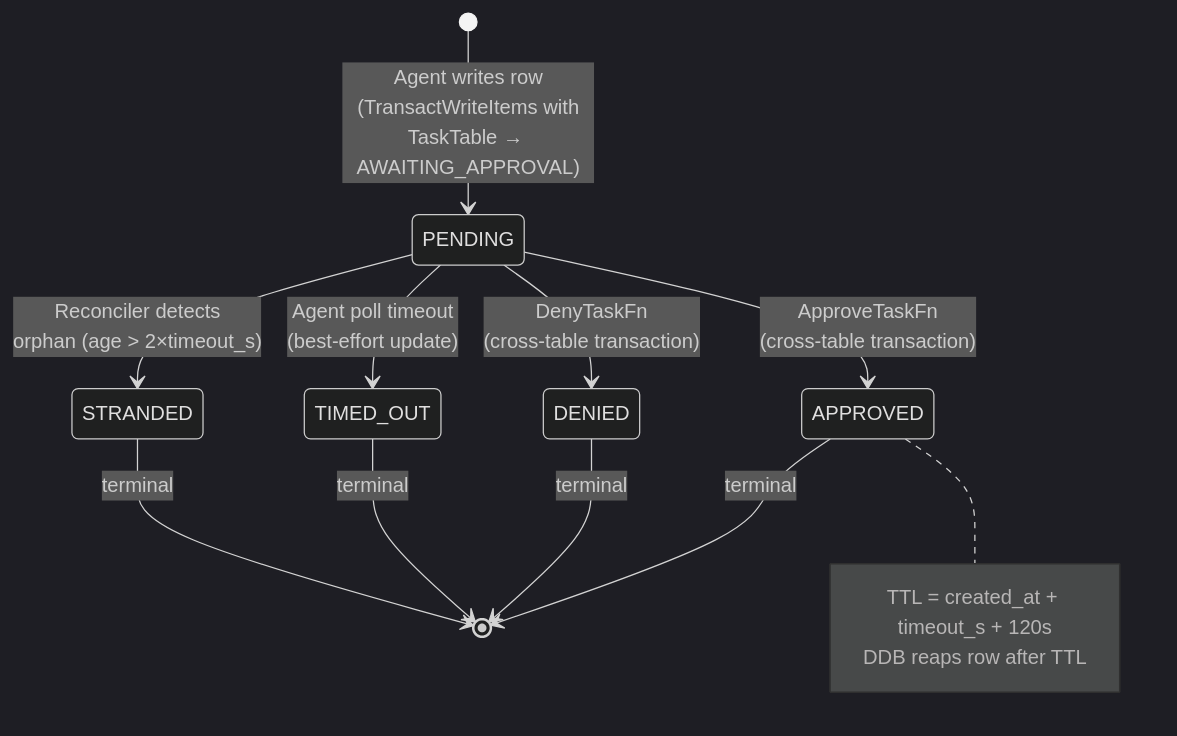
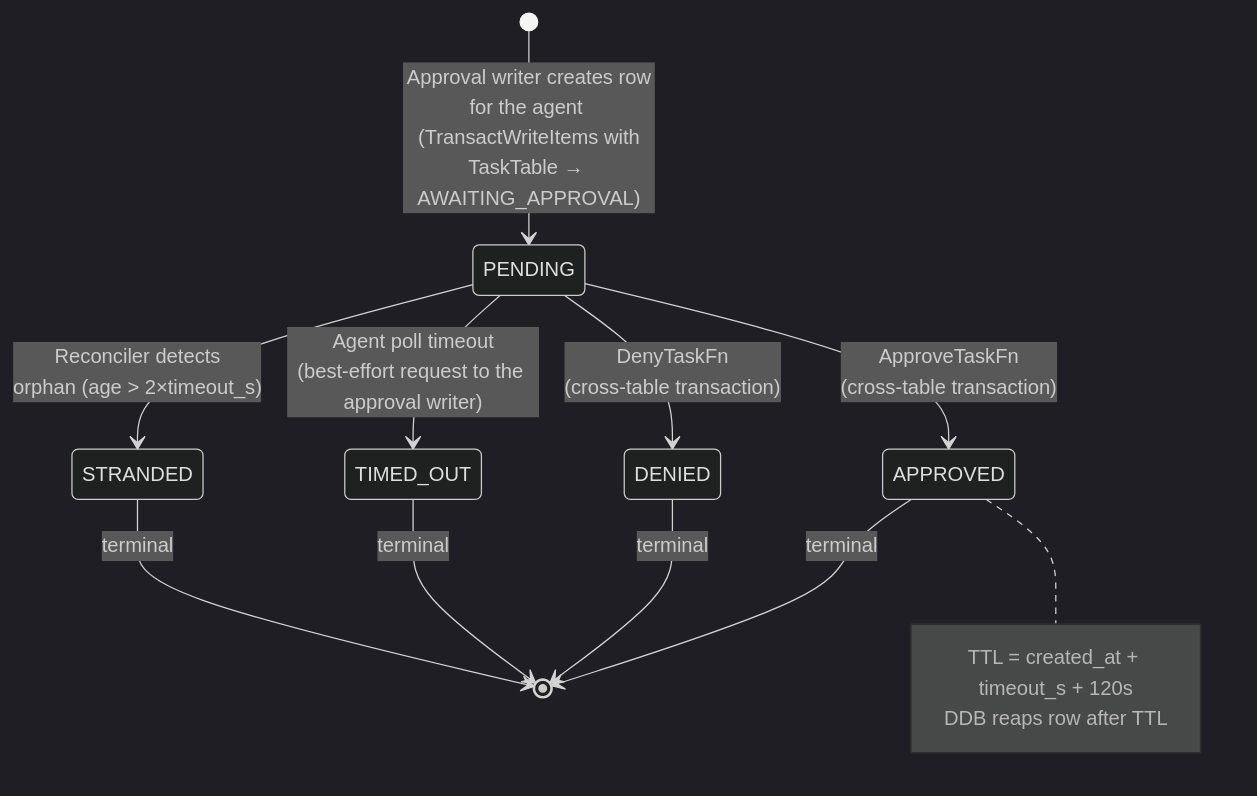
Before and after one commit to aws-samples/sample-autonomous-cloud-coding-agents: the third of 6 diagrams in docs/design/CEDAR_HITL_GATES.md, drawn with Mermaid (dark theme). The commit also changed other lines of this file and 5 other files, not shown here.

First line of the commit message:
docs: rollout of the approval writer and payload bootstrap v2, and who writes approval rows

````diff
--- a/docs/design/CEDAR_HITL_GATES.md
+++ b/docs/design/CEDAR_HITL_GATES.md
@@ -1283,16 +1283,16 @@
 ```mermaid
 stateDiagram-v2
-    [*] --> PENDING: Agent writes row<br/>(TransactWriteItems with<br/>TaskTable → AWAITING_APPROVAL)
+    [*] --> PENDING: Approval writer creates row<br/>for the agent (TransactWriteItems with<br/>TaskTable → AWAITING_APPROVAL)
     PENDING --> APPROVED: ApproveTaskFn<br/>(cross-table transaction)
     PENDING --> DENIED: DenyTaskFn<br/>(cross-table transaction)
-    PENDING --> TIMED_OUT: Agent poll timeout<br/>(best-effort update)
+    PENDING --> TIMED_OUT: Agent poll timeout<br/>(best-effort request to the approval writer)
     PENDING --> STRANDED: Reconciler detects<br/>orphan (age > 2×timeout_s)
     APPROVED --> [*]: terminal
     DENIED --> [*]: terminal
     TIMED_OUT --> [*]: terminal
     STRANDED --> [*]: terminal
     note right of APPROVED
         TTL = created_at + timeout_s + 120s
         DDB reaps row after TTL
     end note
 ```
````
